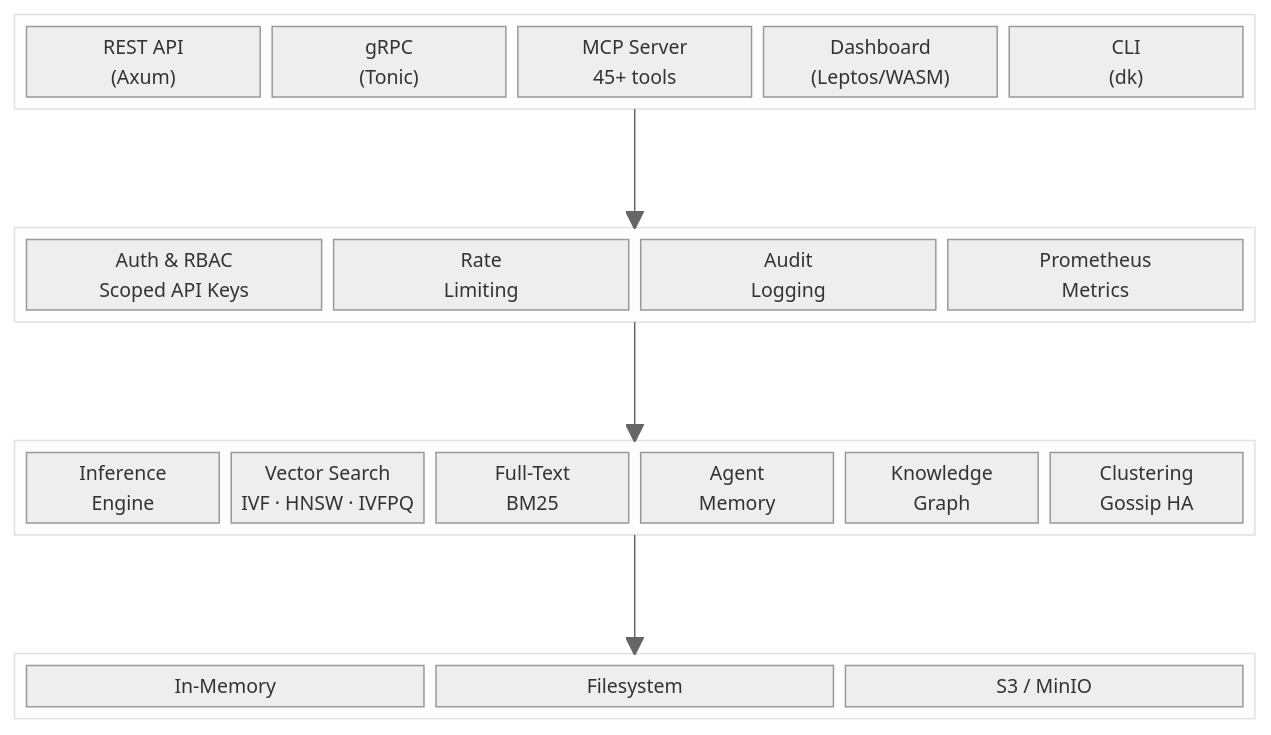
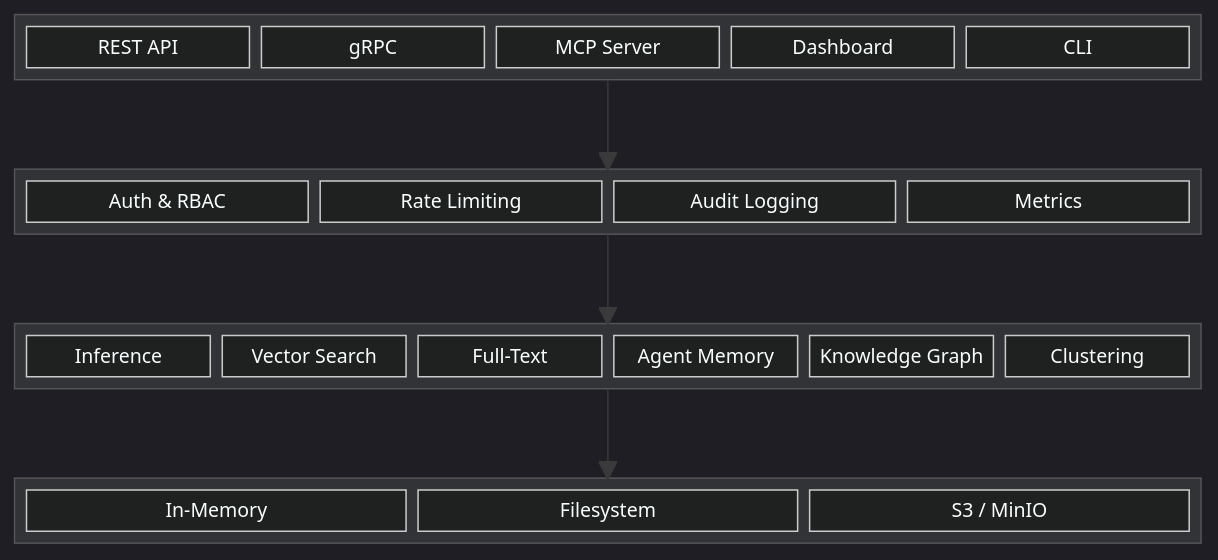
The second of 5 diagrams in profile/README.md (Dakera-AI/.github), drawn with Mermaid before and after one commit. The commit also changed other lines of this file and 2 other files, not shown here.

First line of the commit message:
refactor: add brand logo, apply dark/gold theme, remove premature details

````diff
--- a/profile/README.md
+++ b/profile/README.md
@@ -58,49 +55,49 @@
 ```mermaid
-%%{init: {'theme': 'neutral', 'themeVariables': { 'fontSize': '13px' }}}%%
+%%{init: {'theme': 'dark', 'themeVariables': { 'fontSize': '13px', 'primaryColor': '#1a1a2e', 'primaryTextColor': '#f8f8f8', 'primaryBorderColor': '#D4A843', 'lineColor': '#3a3a3a', 'secondaryColor': '#161616', 'tertiaryColor': '#0d0d0d' }}}%%
 block-beta
     columns 5
 
     block:client:5
         columns 5
-        REST["REST API\n(Axum)"]
-        GRPC["gRPC\n(Tonic)"]
-        MCP_S["MCP Server\n45+ tools"]
-        DASHBOARD["Dashboard\n(Leptos/WASM)"]
-        CLI_T["CLI\n(dk)"]
+        REST["REST API"]
+        GRPC["gRPC"]
+        MCP_S["MCP Server"]
+        DASHBOARD["Dashboard"]
+        CLI_T["CLI"]
     end
 
     space:5
 
     block:middleware:5
         columns 4
-        AUTH["Auth & RBAC\nScoped API Keys"]
-        RATE["Rate\nLimiting"]
-        AUDIT["Audit\nLogging"]
-        METRICS["Prometheus\nMetrics"]
+        AUTH["Auth & RBAC"]
+        RATE["Rate Limiting"]
+        AUDIT["Audit Logging"]
+        METRICS["Metrics"]
     end
 
     space:5
 
     block:engine:5
         columns 6
-        INFERENCE["Inference\nEngine"]
-        VECTOR["Vector Search\nIVF · HNSW · IVFPQ"]
-        FULLTEXT["Full-Text\nBM25"]
-        MEMORY["Agent\nMemory"]
-        KNOWLEDGE["Knowledge\nGraph"]
-        CLUSTER["Clustering\nGossip HA"]
+        INFERENCE["Inference"]
+        VECTOR["Vector Search"]
+        FULLTEXT["Full-Text"]
+        MEMORY["Agent Memory"]
+        KNOWLEDGE["Knowledge Graph"]
+        CLUSTER["Clustering"]
     end
 
     space:5
 
     block:storage:5
         columns 3
         MEM_S["In-Memory"]
         FS["Filesystem"]
         S3["S3 / MinIO"]
     end
 
     client --> middleware
     middleware --> engine
     engine --> storage
 ```
````
